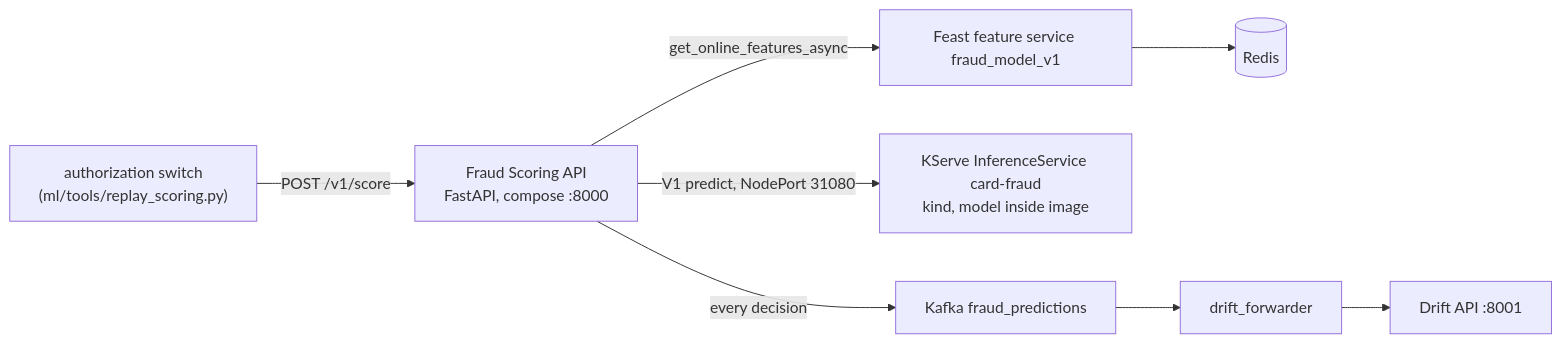
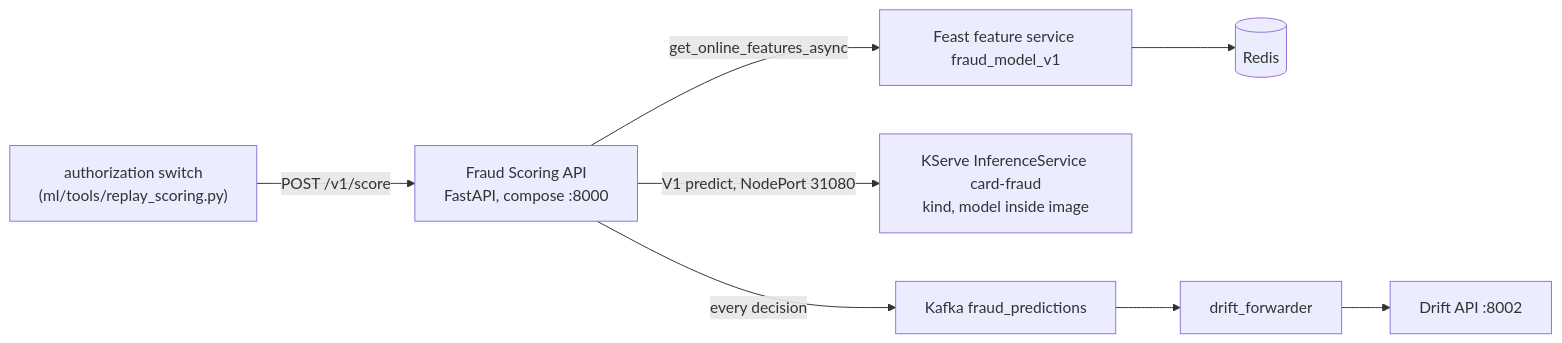
One commit to cvinhnguyen/card-fraud-platform changed the diagram in docs/serving.md. Above: the diagram before and after it, drawn with Mermaid. The commit also changed 54 other files, not shown here.

````diff
--- a/docs/serving.md
+++ b/docs/serving.md
@@ -3,7 +3,7 @@
 ```mermaid
 flowchart LR
     sw["authorization switch<br/>(ml/tools/replay_scoring.py)"] -->|POST /v1/score| api["Fraud Scoring API<br/>FastAPI, compose :8000"]
     api -->|get_online_features_async| feast["Feast feature service fraud_model_v1"] --> redis[("Redis")]
     api -->|V1 predict, NodePort 31080| ks["KServe InferenceService card-fraud<br/>kind, model inside image"]
-    api -->|every decision| kafka["Kafka fraud_predictions"] --> fwd["drift_forwarder"] --> drift["Drift API :8001"]
+    api -->|every decision| kafka["Kafka fraud_predictions"] --> fwd["drift_forwarder"] --> drift["Drift API :8002"]
 ```
````
